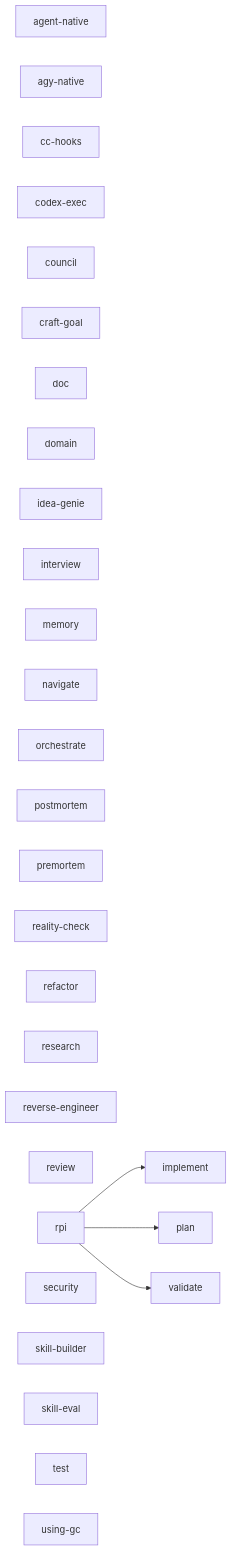
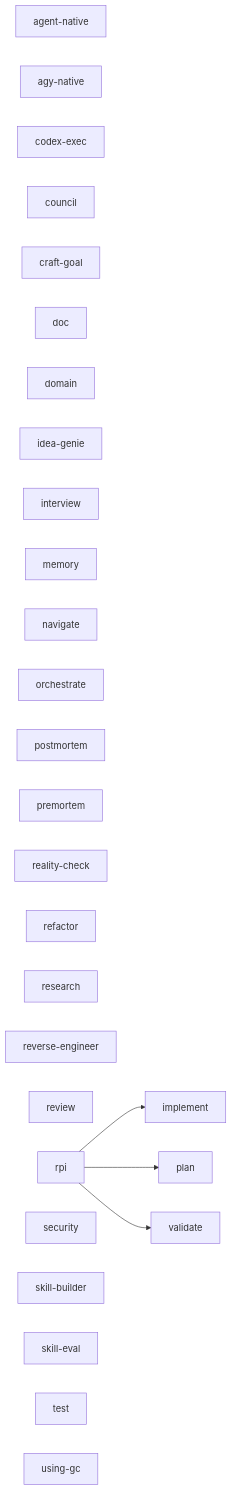
Before and after one commit to boshu2/agentops: the diagram in docs/reference/agentops-skill-graph.md, drawn with Mermaid. The commit also changed 80 other files, not shown here.

````diff
--- a/docs/reference/agentops-skill-graph.md
+++ b/docs/reference/agentops-skill-graph.md
@@ -5,35 +5,34 @@
 ```mermaid
 graph LR
   agent_native["agent-native"]
   agy_native["agy-native"]
-  cc_hooks["cc-hooks"]
   codex_exec["codex-exec"]
   council["council"]
   craft_goal["craft-goal"]
   doc["doc"]
   domain["domain"]
   idea_genie["idea-genie"]
   implement["implement"]
   interview["interview"]
   memory["memory"]
   navigate["navigate"]
   orchestrate["orchestrate"]
   plan["plan"]
   postmortem["postmortem"]
   premortem["premortem"]
   reality_check["reality-check"]
   refactor["refactor"]
   research["research"]
   reverse_engineer["reverse-engineer"]
   review["review"]
   rpi["rpi"]
   security["security"]
   skill_builder["skill-builder"]
   skill_eval["skill-eval"]
   test["test"]
   using_gc["using-gc"]
   validate["validate"]
   rpi --> implement
   rpi --> plan
   rpi --> validate
 ```
````
